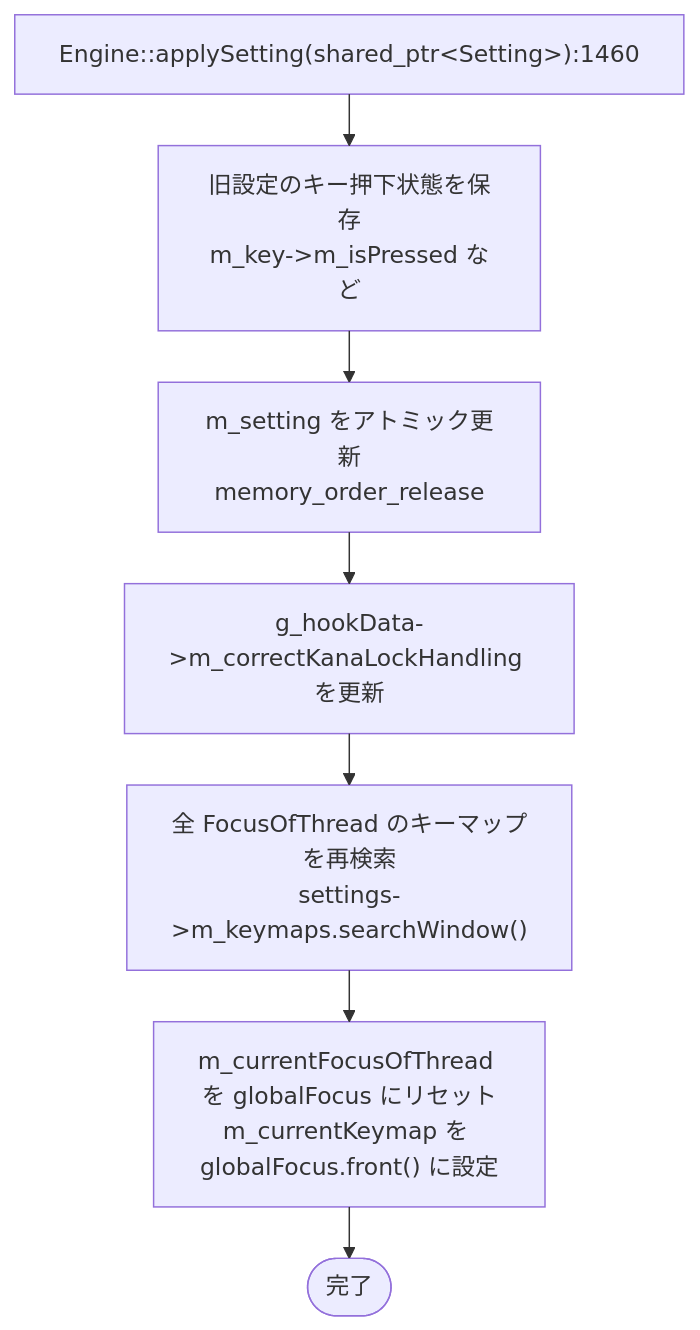
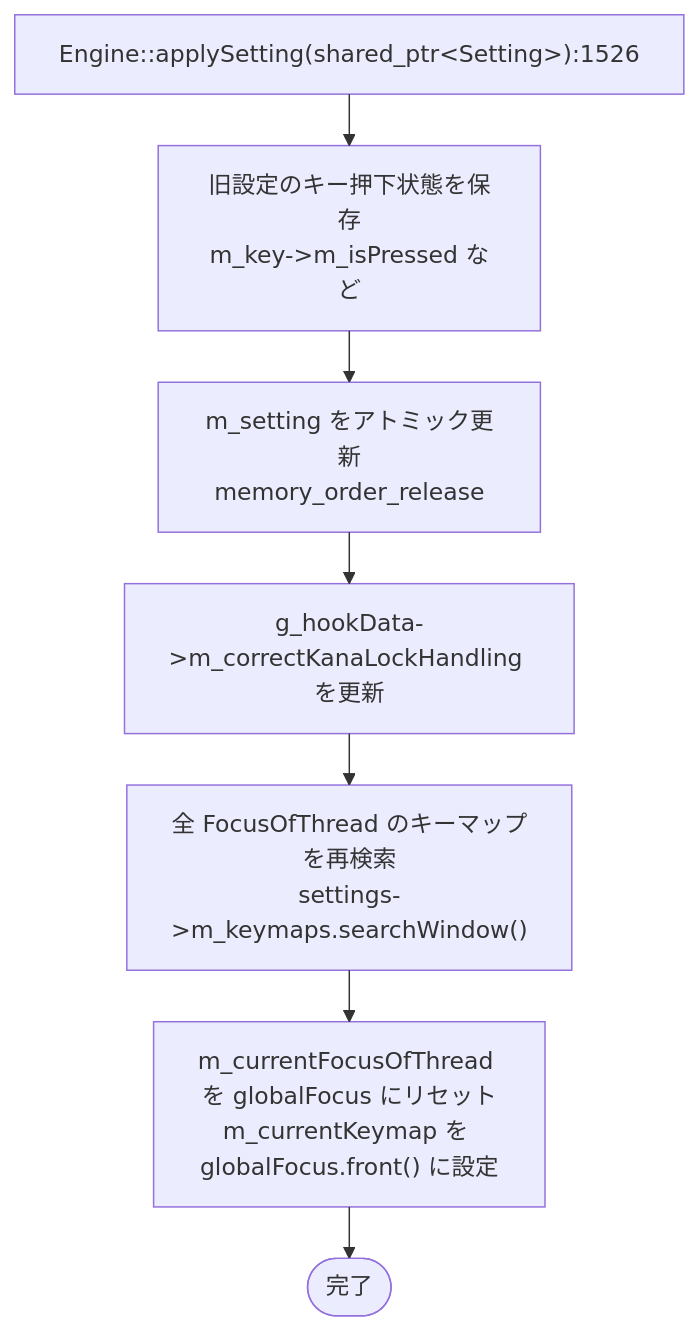
Before and after one commit to vmi/nyamy: the fourth of 7 diagrams in doc/event-flow.md, drawn with Mermaid. The commit also changed other lines of this file, not shown here.

First line of the commit message:
event-flow.md をスレッド構成・通知経路の変更に追従させる

````diff
--- a/doc/event-flow.md
+++ b/doc/event-flow.md
@@ -248,16 +278,16 @@
 ```mermaid
 ---
 config:
   layout: elk
 ---
 flowchart TD
-    A["Engine::applySetting(shared_ptr&lt;Setting&gt;):1460"]
+    A["Engine::applySetting(shared_ptr&lt;Setting&gt;):1526"]
     B["旧設定のキー押下状態を保存<br>m_key->m_isPressed など"]
     C["m_setting をアトミック更新<br>memory_order_release"]
     D["g_hookData->m_correctKanaLockHandling を更新"]
     E["全 FocusOfThread のキーマップを再検索<br>settings->m_keymaps.searchWindow()"]
     F["m_currentFocusOfThread を globalFocus にリセット<br>m_currentKeymap を globalFocus.front() に設定"]
     G([完了])
 
     A --> B --> C --> D --> E --> F --> G
 ```
````
